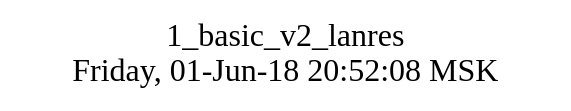
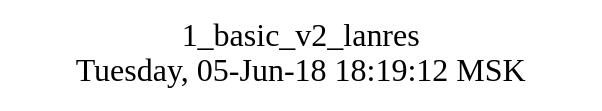
The diagram in src/basic/1_basic_v2_lanres/struct.dot (AplaProject/apps), drawn with Graphviz before and after one commit. The commit also changed 6 other files, not shown here.

```diff
--- a/src/basic/1_basic_v2_lanres/struct.dot
+++ b/src/basic/1_basic_v2_lanres/struct.dot
@@ -1,10 +1,10 @@
 digraph G {
 graph [
   fontsize="24";
-  label="1_basic_v2_lanres\nFriday, 01-Jun-18 20:52:08 MSK";
+  label="1_basic_v2_lanres\nTuesday, 05-Jun-18 18:19:12 MSK";
   nojustify=true;
   ordering=out;
   rankdir=LR;
   size="30";
 ];
 }
```
